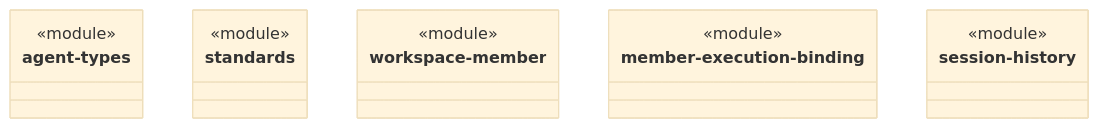
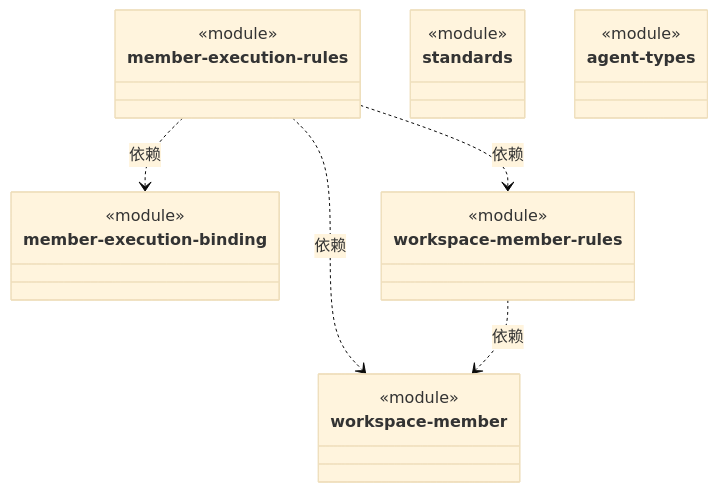
One commit to nan023062/cbim changed the first of 2 diagrams in src/logic/team/rules/ARCHITECTURE.md. Above: the diagram before and after it, drawn with Mermaid (base theme). The commit also changed other lines of this file and 136 other files, not shown here.

````diff
--- a/src/logic/team/rules/ARCHITECTURE.md
+++ b/src/logic/team/rules/ARCHITECTURE.md
@@ -23,23 +29,31 @@
 ```mermaid
 classDiagram
-class N_5f23c275120a["agent-types"] {
+class N_9607bda08b0b["member-execution-rules"] {
   <<module>>
 }
-click N_5f23c275120a href "agent-types.ts"
-class N_b346fbc92f9a["standards"] {
-  <<module>>
-}
-click N_b346fbc92f9a href "standards.ts"
+click N_9607bda08b0b href "member-execution-rules.ts"
 class N_6d3db0fcdfc5["workspace-member"] {
   <<module>>
 }
 click N_6d3db0fcdfc5 href "workspace-member.ts"
 class N_849821aceb27["member-execution-binding"] {
   <<module>>
 }
 click N_849821aceb27 href "member-execution-binding.ts"
-class N_216322eabecd["session-history"] {
+class N_4eaf1f6efc7c["workspace-member-rules"] {
   <<module>>
 }
-click N_216322eabecd href "session-history.ts"
+click N_4eaf1f6efc7c href "workspace-member-rules.ts"
+class N_b346fbc92f9a["standards"] {
+  <<module>>
+}
+click N_b346fbc92f9a href "standards.ts"
+class N_5f23c275120a["agent-types"] {
+  <<module>>
+}
+click N_5f23c275120a href "agent-types.ts"
+N_9607bda08b0b ..> N_6d3db0fcdfc5 : 依赖
+N_9607bda08b0b ..> N_849821aceb27 : 依赖
+N_9607bda08b0b ..> N_4eaf1f6efc7c : 依赖
+N_4eaf1f6efc7c ..> N_6d3db0fcdfc5 : 依赖
 ```
````
